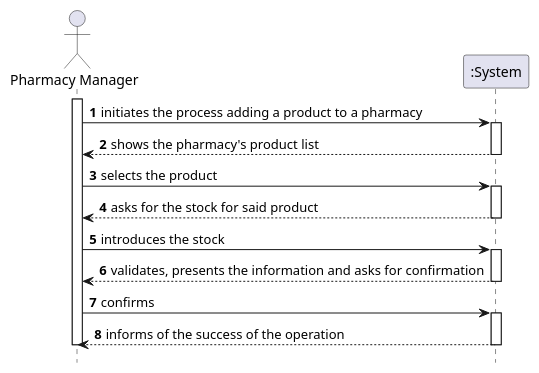
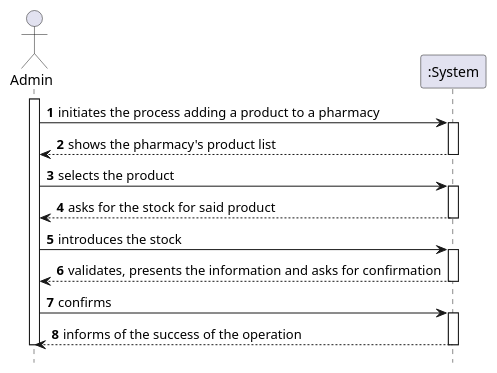
Before and after one commit to tiagoavcosta25/LAPR3: the diagram in docs/Iteration 2/Pharmacy Management/Refinement/US64_AddPharmacyProducts/US64_SSD.puml, drawn with PlantUML. The commit also changed 7 other files, not shown here.

Commit message:
LAPR2AP2-188 Add Pharmacy Product [Review]

```diff
--- a/docs/Iteration 2/Pharmacy Management/Refinement/US64_AddPharmacyProducts/US64_SSD.puml
+++ b/docs/Iteration 2/Pharmacy Management/Refinement/US64_AddPharmacyProducts/US64_SSD.puml
@@ -1,32 +1,32 @@
 @startuml
 autonumber
 hide footbox
 
-actor "Pharmacy Manager" as PM
+actor "Admin" as ADM
 participant ":System" as SYST
 
-activate PM
+activate ADM
 
-PM -> SYST : initiates the process adding a product to a pharmacy
+ADM -> SYST : initiates the process adding a product to a pharmacy
 activate SYST
-SYST --> PM : shows the pharmacy's product list
+SYST --> ADM : shows the pharmacy's product list
 deactivate SYST
 
-PM -> SYST : selects the product
+ADM -> SYST : selects the product
 activate SYST
-SYST --> PM : asks for the stock for said product
+SYST --> ADM : asks for the stock for said product
 deactivate SYST
 
-PM -> SYST : introduces the stock
+ADM -> SYST : introduces the stock
 activate SYST
-SYST --> PM : validates, presents the information and asks for confirmation
+SYST --> ADM : validates, presents the information and asks for confirmation
 deactivate SYST
 
-PM -> SYST : confirms
+ADM -> SYST : confirms
 activate SYST
-SYST --> PM : informs of the success of the operation
+SYST --> ADM : informs of the success of the operation
 deactivate SYST
 
-deactivate PM
+deactivate ADM
 
 @enduml
```
